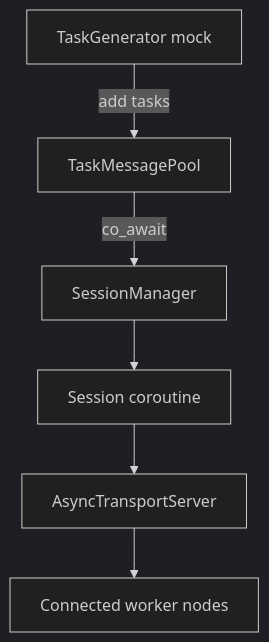
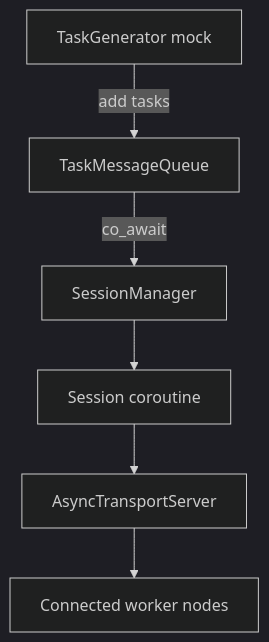
The diagram in dispatcher/README.md (ilya-yusim/task-messenger), drawn with Mermaid (dark theme) before and after one commit. The commit also changed other lines of this file and 24 other files, not shown here.

First line of the commit message:
Refactor TaskMessagePool to TaskMessageQueue across the dispatcher and messaging modules

````diff
--- a/dispatcher/README.md
+++ b/dispatcher/README.md
@@ -13,8 +13,8 @@
 ```mermaid
 graph TD
-    Generator[TaskGenerator mock] -->|add tasks| Pool[TaskMessagePool]
+    Generator[TaskGenerator mock] -->|add tasks| Pool[TaskMessageQueue]
     Pool -->|co_await| SessionManager
     SessionManager --> Session[Session coroutine]
     Session --> Transport[AsyncTransportServer]
     Transport --> Workers[Connected worker nodes]
 ```
````
